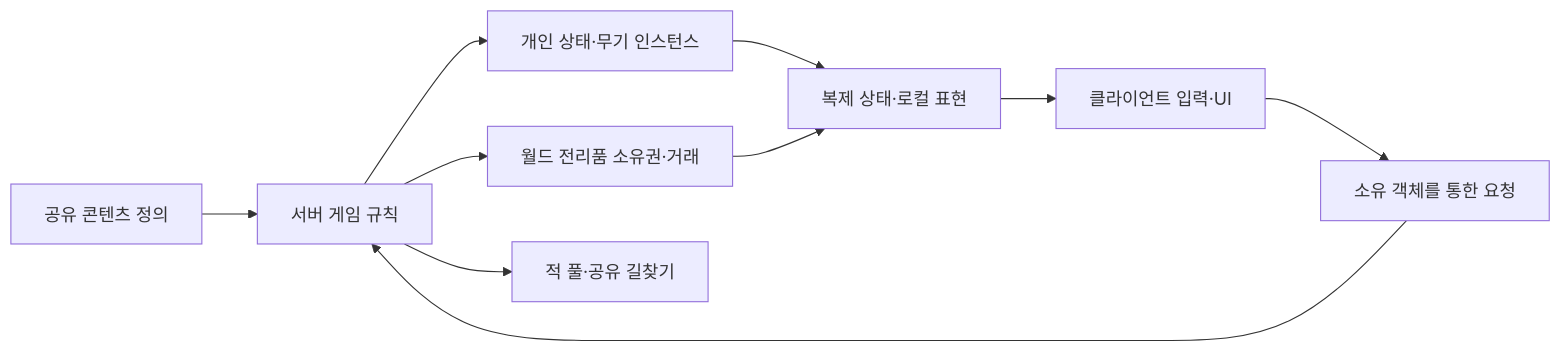
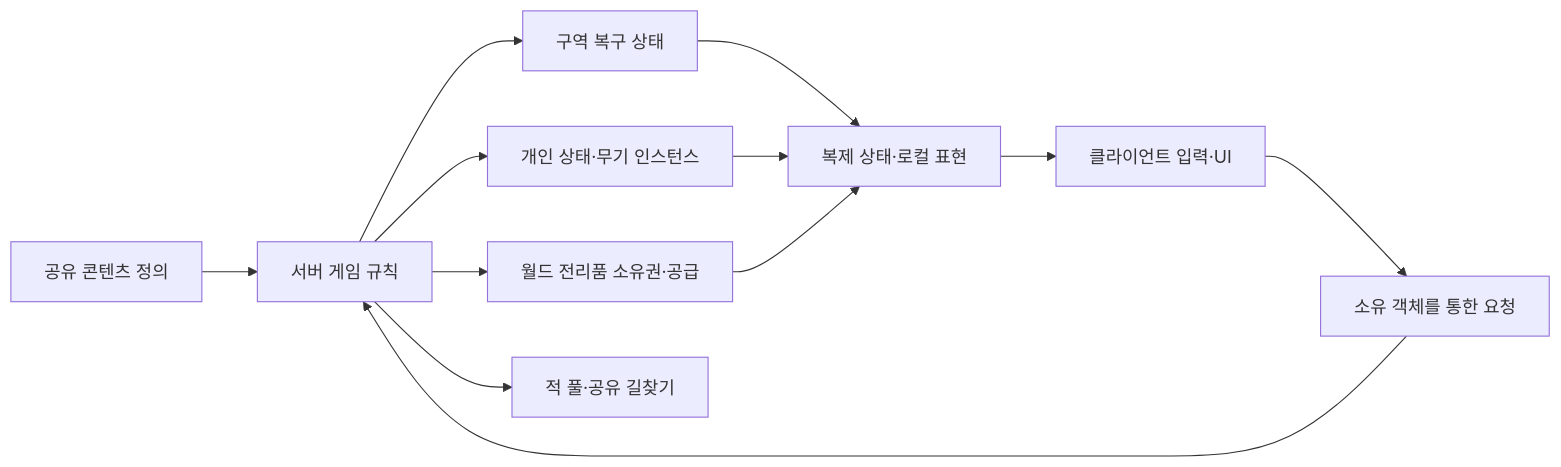
The diagram in README.md (Hato-1998/FPSRoguelite-Portfolio), drawn with Mermaid before and after one commit. The commit also changed other lines of this file and 10 other files, not shown here.

````diff
--- a/README.md
+++ b/README.md
@@ -42,12 +46,14 @@
 ```mermaid
 flowchart LR
     Data["공유 콘텐츠 정의"] --> Rules["서버 게임 규칙"]
     Input["클라이언트 입력·UI"] --> Request["소유 객체를 통한 요청"]
     Request --> Rules
+    Rules --> Zones["구역 복구 상태"]
     Rules --> Personal["개인 상태·무기 인스턴스"]
-    Rules --> Ledger["월드 전리품 소유권·거래"]
+    Rules --> Ledger["월드 전리품 소유권·공급"]
     Rules --> Swarm["적 풀·공유 길찾기"]
-    Personal --> View["복제 상태·로컬 표현"]
+    Zones --> View["복제 상태·로컬 표현"]
+    Personal --> View
     Ledger --> View
     View --> Input
 ```
````
